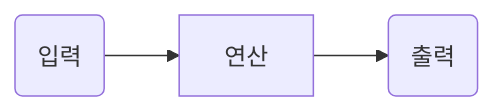
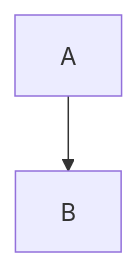
Before and after one commit to illtr/Scientific_Method_Class: the diagram in README.md, drawn with Mermaid.

````diff
--- a/README.md
+++ b/README.md
@@ -12,5 +12,4 @@
 ```mermaid
-graph LR
-A(입력)-->B[연산]
-B-->C(출력)
+graph TD
+A-->B
 ```
````
